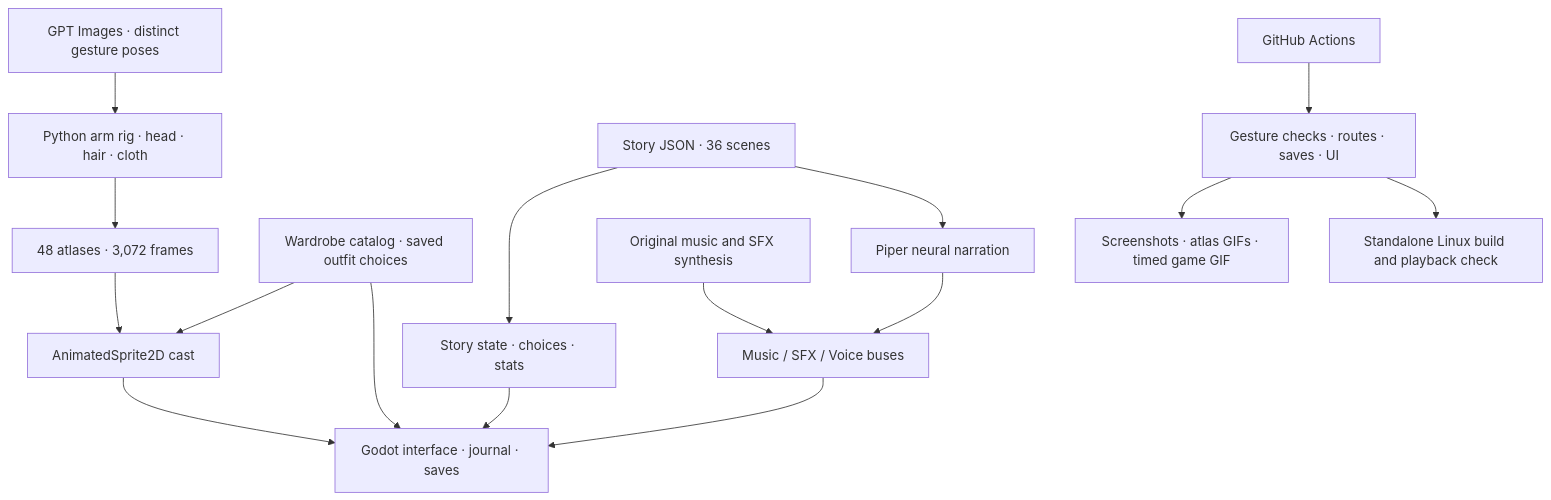
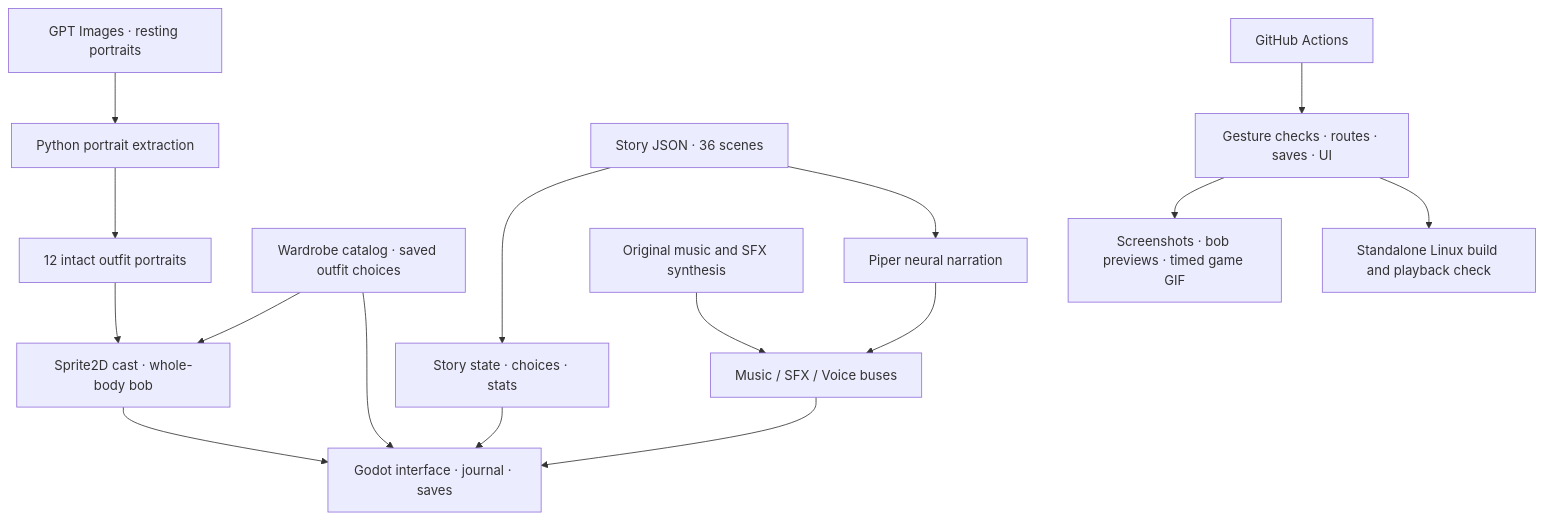
Before and after one commit to jgyy/octxian: the diagram in README.md, drawn with Mermaid. The commit also changed other lines of this file and 21 other files, not shown here.

````diff
--- a/README.md
+++ b/README.md
@@ -100,18 +100,18 @@
 ```mermaid
 flowchart TD
-    GPT["GPT Images · distinct gesture poses"] --> Rig["Python arm rig · head · hair · cloth"]
-    Rig --> Atlas["48 atlases · 3,072 frames"]
-    Atlas --> Cast["AnimatedSprite2D cast"]
+    GPT["GPT Images · resting portraits"] --> Prep["Python portrait extraction"]
+    Prep --> Portraits["12 intact outfit portraits"]
+    Portraits --> Cast["Sprite2D cast · whole-body bob"]
     JSON["Story JSON · 36 scenes"] --> State["Story state · choices · stats"]
     State --> UI["Godot interface · journal · saves"]
     Wardrobe["Wardrobe catalog · saved outfit choices"] --> Cast
     Wardrobe --> UI
     Cast --> UI
     JSON --> Piper["Piper neural narration"]
     Synth["Original music and SFX synthesis"] --> Audio["Music / SFX / Voice buses"]
     Piper --> Audio
     Audio --> UI
     CI["GitHub Actions"] --> Verify["Gesture checks · routes · saves · UI"]
-    Verify --> Capture["Screenshots · atlas GIFs · timed game GIF"]
+    Verify --> Capture["Screenshots · bob previews · timed game GIF"]
     Verify --> Build["Standalone Linux build and playback check"]
 ```
````
